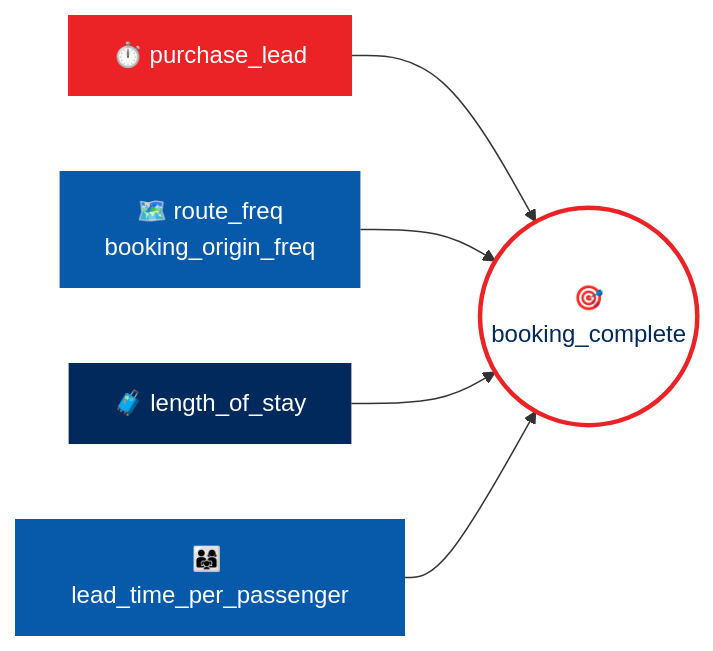
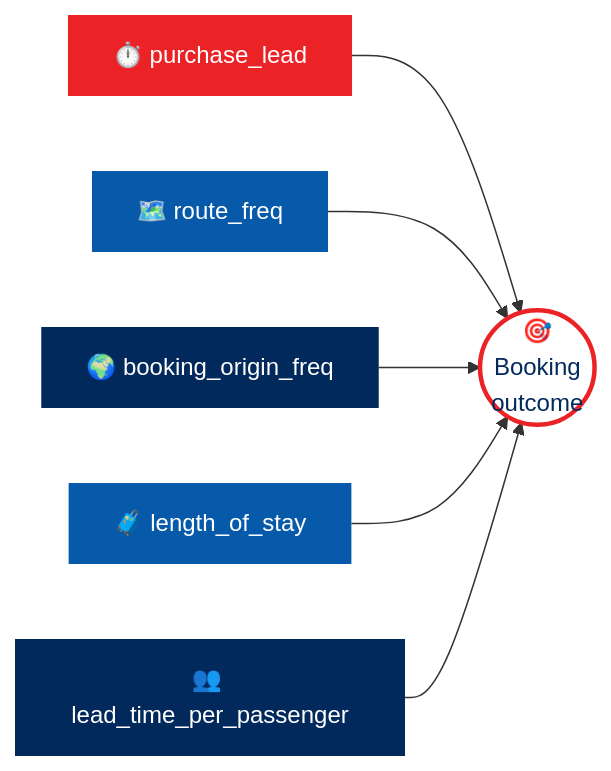
The fourth of 4 diagrams in README.md (paraskosambe-web/British-Airways-Data-Science-Job-Simulation), drawn with Mermaid before and after one commit. The commit also changed other lines of this file, not shown here.

````diff
--- a/README.md
+++ b/README.md
@@ -149,12 +212,14 @@
 ```mermaid
 flowchart LR
-    L["⏱️ purchase_lead"] --> T(("🎯<br/>booking_complete"))
-    R["🗺️ route_freq<br/>booking_origin_freq"] --> T
-    S["🧳 length_of_stay"] --> T
-    G["👨‍👩‍👧 lead_time_per_passenger"] --> T
-    style L fill:#eb2226,stroke:none,color:#fff
-    style R fill:#075aaa,stroke:none,color:#fff
-    style S fill:#01295c,stroke:none,color:#fff
-    style G fill:#075aaa,stroke:none,color:#fff
+    A["⏱️ purchase_lead"] --> T(("🎯<br/>Booking<br/>outcome"))
+    B["🗺️ route_freq"] --> T
+    C["🌍 booking_origin_freq"] --> T
+    D["🧳 length_of_stay"] --> T
+    E["👥 lead_time_per_passenger"] --> T
+    style A fill:#eb2226,stroke:none,color:#fff
+    style B fill:#075aaa,stroke:none,color:#fff
+    style C fill:#01295c,stroke:none,color:#fff
+    style D fill:#075aaa,stroke:none,color:#fff
+    style E fill:#01295c,stroke:none,color:#fff
     style T fill:#ffffff,stroke:#eb2226,stroke-width:3px,color:#01295c
 ```
````
